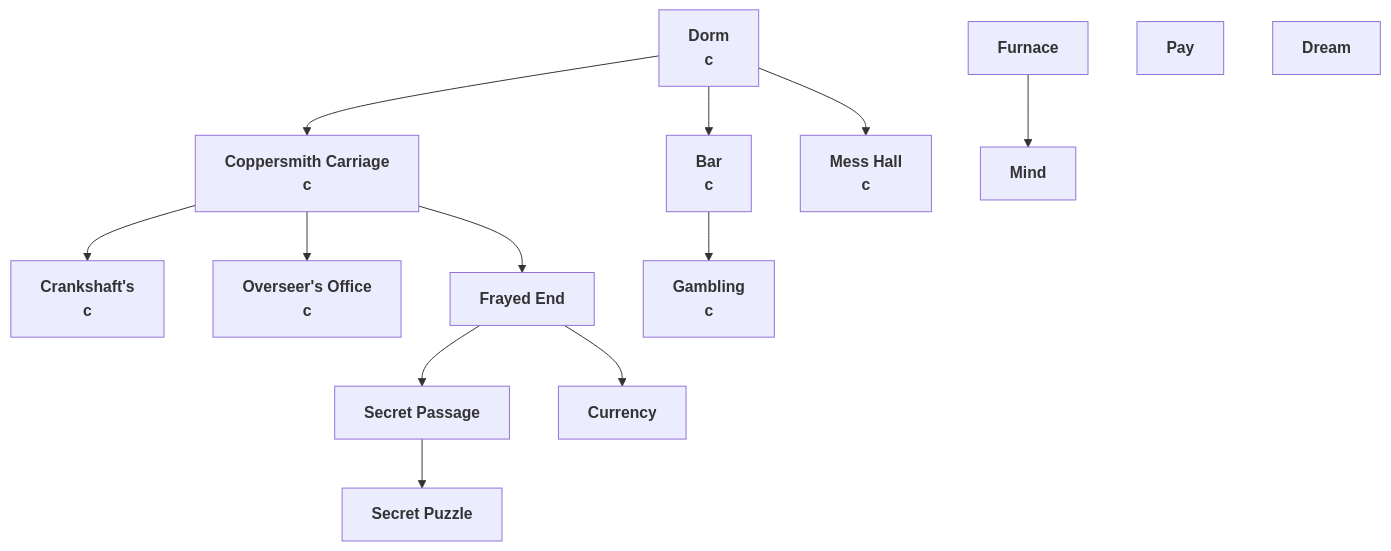
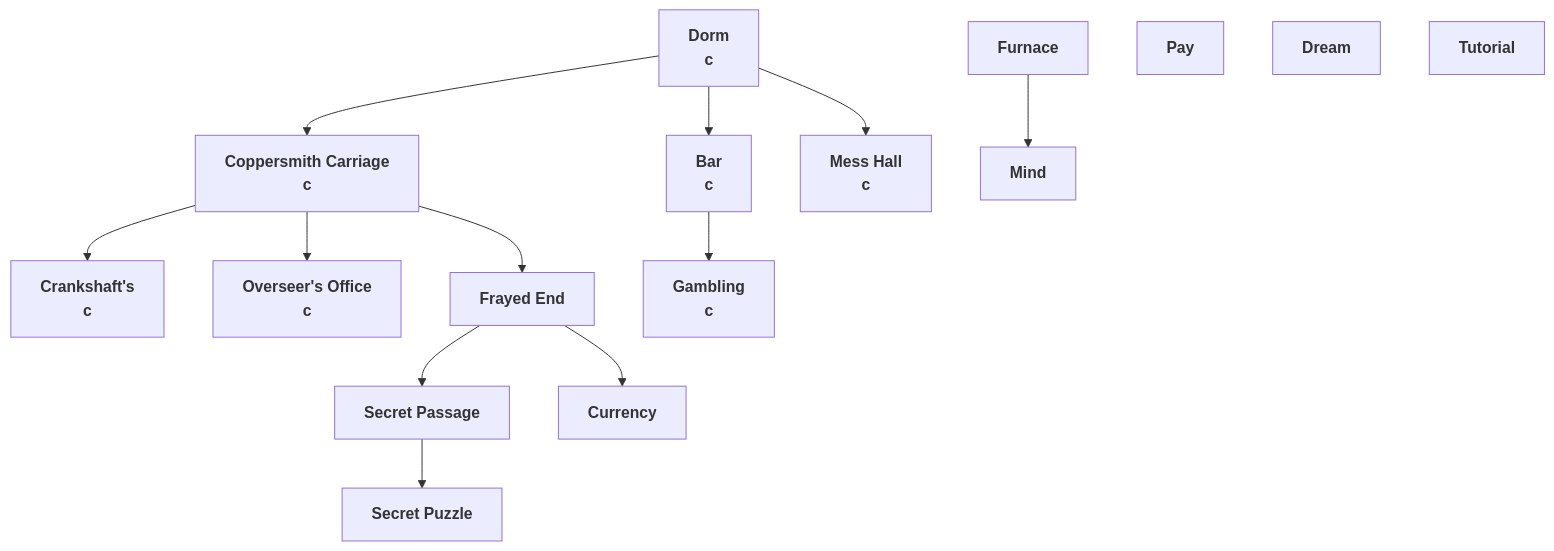
Before and after one commit to noahval/GoA: the diagram in .claude/plans/2/2.1-scene-network.mmd, drawn with Mermaid. The commit also changed 9 other files, not shown here.

```diff
--- a/.claude/plans/2/2.1-scene-network.mmd
+++ b/.claude/plans/2/2.1-scene-network.mmd
@@ -1,9 +1,10 @@
 flowchart TB
     dorm["<b>Dorm<br>c</b>"] --> bar["<b>Bar<br>c</b>"] & coppersmith["<b>Coppersmith Carriage<br>c</b>"] & mess["<b>Mess Hall<br>c</b>"]
     furnace["<b>Furnace</b>"] --> mind["<b>Mind</b>"]
     coppersmith --> crankshafts@{ label: "<b>Crankshaft's<br>c</b>" } & office@{ label: "<b>Overseer's Office<br>c</b>" } & frayed["<b>Frayed End</b>"]
     secret["<b>Secret Passage</b>"] --> puzzle["<b>Secret Puzzle</b>"]
     frayed --> currency["<b>Currency</b>"] & secret
     bar --> gambling["<b>Gambling<br>c</b>"]
     pay["<b>Pay</b>"]
     dream["<b>Dream</b>"]
+    tutorial["<b>Tutorial</b>"]
```
